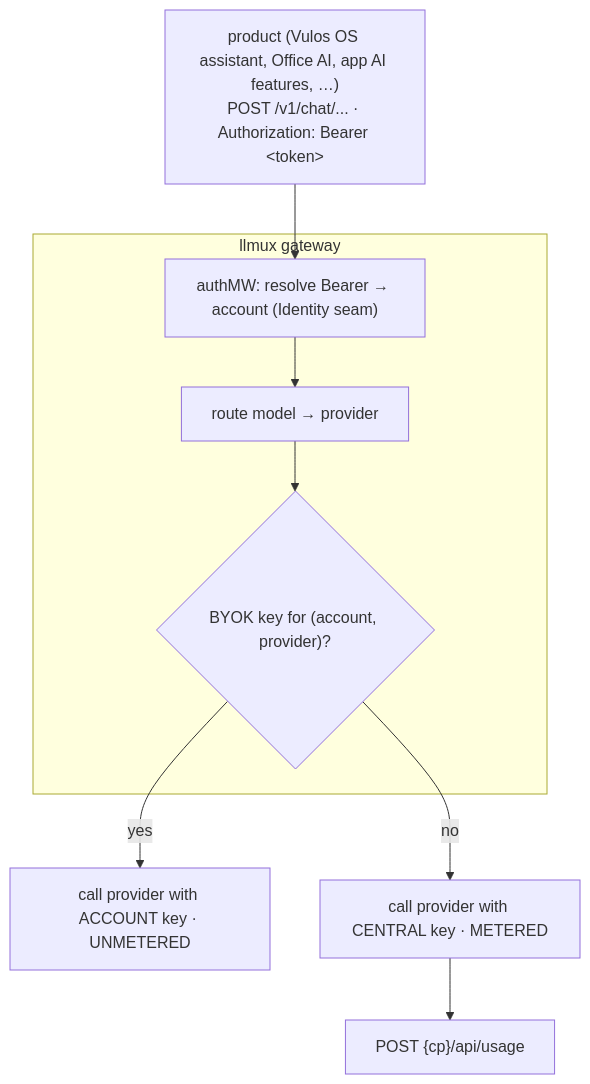
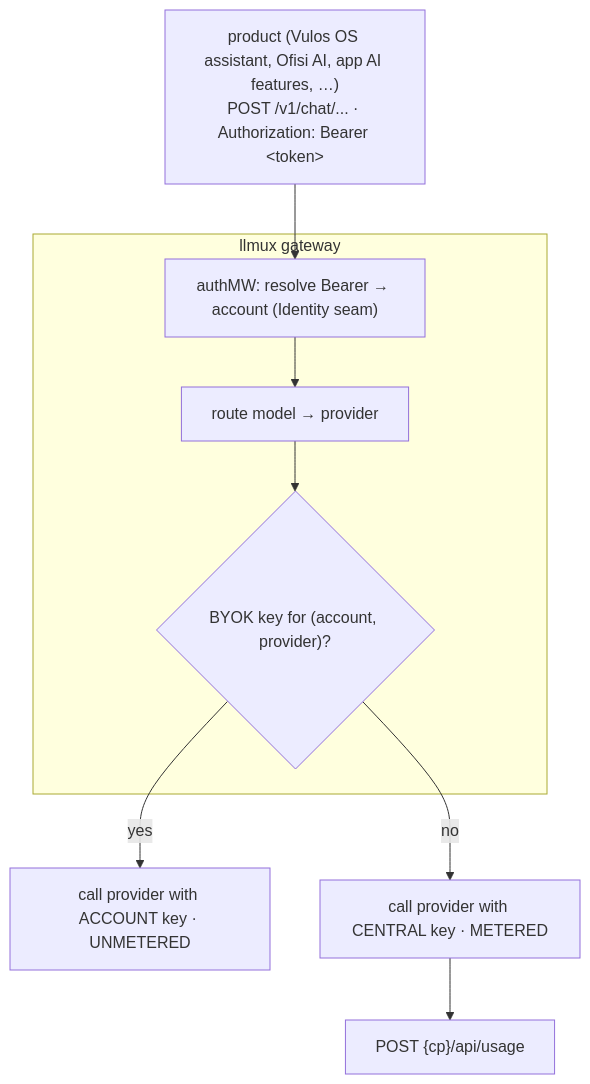
One commit to vul-os/llmux changed the diagram in docs/LLM-ACCESS.md. Above: the diagram before and after it, drawn with Mermaid. The commit also changed other lines of this file and 6 other files, not shown here.

First line of the commit message:
docs+web: fix legacy product refs (Vulos Office -> Ofisi, drop Vulos Mail link)

````diff
--- a/docs/LLM-ACCESS.md
+++ b/docs/LLM-ACCESS.md
@@ -17,13 +17,13 @@
 ```mermaid
 flowchart TD
-    product["product (Vulos OS assistant, Office AI, app AI features, …)<br/>POST /v1/chat/... · Authorization: Bearer &lt;token&gt;"] --> auth
+    product["product (Vulos OS assistant, Ofisi AI, app AI features, …)<br/>POST /v1/chat/... · Authorization: Bearer &lt;token&gt;"] --> auth
 
     subgraph gateway["llmux gateway"]
         auth["authMW: resolve Bearer → account (Identity seam)"] --> route["route model → provider"]
         route --> byok{"BYOK key for (account, provider)?"}
     end
 
     byok -->|yes| acct["call provider with ACCOUNT key · UNMETERED"]
     byok -->|no| central["call provider with CENTRAL key · METERED"]
     central --> usage["POST {cp}/api/usage"]
 ```
````
